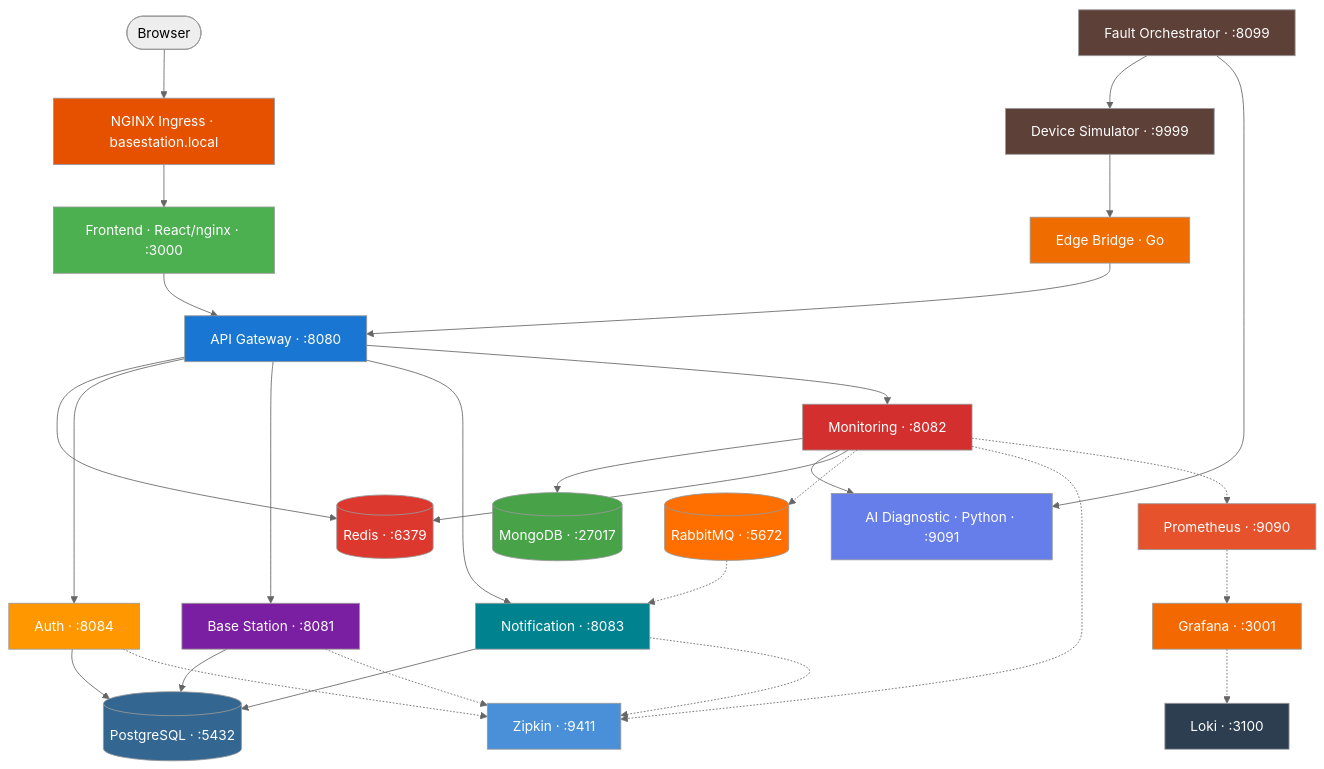
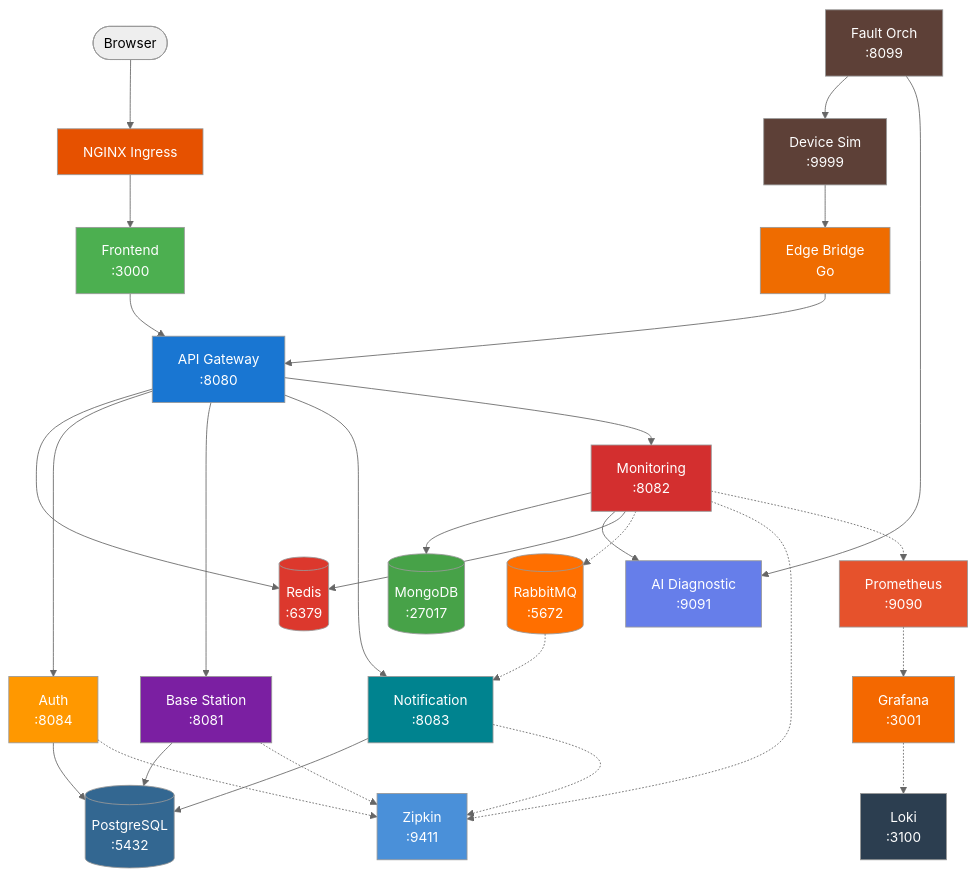
Before and after one commit to ErselSeyit/base-station-platform: the diagram in README.md, drawn with Mermaid (neutral theme).

Commit message:
docs: update architecture diagram with complete service connections

````diff
--- a/README.md
+++ b/README.md
@@ -3,52 +3,52 @@
 ```mermaid
 graph TD
-    User([Browser]) --> Ingress[NGINX Ingress · basestation.local]
-    Ingress --> FE[Frontend · React/nginx · :3000]
+    User([Browser]) --> Ingress[NGINX Ingress]
+    Ingress --> FE[Frontend<br/>:3000]
 
-    FS[Fault Orchestrator · :8099] --> DS[Device Simulator · :9999]
-    DS --> EB[Edge Bridge · Go]
+    FS[Fault Orch<br/>:8099] --> DS[Device Sim<br/>:9999]
+    DS --> EB[Edge Bridge<br/>Go]
 
-    FE --> GW[API Gateway · :8080]
+    FE --> GW[API Gateway<br/>:8080]
     EB --> GW
 
-    GW --> REDIS[(Redis · :6379)]
-    GW --> AS[Auth · :8084]
-    GW --> BS[Base Station · :8081]
-    GW --> NS[Notification · :8083]
-    GW --> MS[Monitoring · :8082]
+    GW --> REDIS[(Redis<br/>:6379)]
+    GW --> AS[Auth<br/>:8084]
+    GW --> BS[Base Station<br/>:8081]
+    GW --> NS[Notification<br/>:8083]
+    GW --> MS[Monitoring<br/>:8082]
 
-    AS --> PG[(PostgreSQL · :5432)]
+    AS --> PG[(PostgreSQL<br/>:5432)]
     BS --> PG
     NS --> PG
-    MS --> MDB[(MongoDB · :27017)]
-    MS --> AI[AI Diagnostic · Python · :9091]
+    MS --> MDB[(MongoDB<br/>:27017)]
+    MS --> AI[AI Diagnostic<br/>:9091]
     MS --> REDIS
-    MS -.-> RMQ[(RabbitMQ · :5672)]
+    MS -.-> RMQ[(RabbitMQ<br/>:5672)]
     RMQ -.-> NS
     FS --> AI
-    AS & BS & NS & MS -.-> ZIP[Zipkin · :9411]
+    AS & BS & NS & MS -.-> ZIP[Zipkin<br/>:9411]
 
-    MS -.-> PROM[Prometheus · :9090]
-    PROM -.-> GRAF[Grafana · :3001]
-    GRAF -.-> LOKI[Loki · :3100]
+    MS -.-> PROM[Prometheus<br/>:9090]
+    PROM -.-> GRAF[Grafana<br/>:3001]
+    GRAF -.-> LOKI[Loki<br/>:3100]
 
     style Ingress fill:#e65100,color:#fff
     style FE fill:#4caf50,color:#fff
     style GW fill:#1976d2,color:#fff
     style AS fill:#ff9800,color:#fff
     style BS fill:#7b1fa2,color:#fff
     style MS fill:#d32f2f,color:#fff
     style NS fill:#00838f,color:#fff
     style AI fill:#667eea,color:#fff
     style EB fill:#ef6c00,color:#fff
     style DS fill:#5d4037,color:#fff
     style FS fill:#5d4037,color:#fff
     style PG fill:#336791,color:#fff
     style MDB fill:#47a248,color:#fff
     style REDIS fill:#dc382d,color:#fff
     style RMQ fill:#ff6f00,color:#fff
     style PROM fill:#e6522c,color:#fff
     style GRAF fill:#f46800,color:#fff
     style LOKI fill:#2c3e50,color:#fff
     style ZIP fill:#4a90d9,color:#fff
 ```
````
